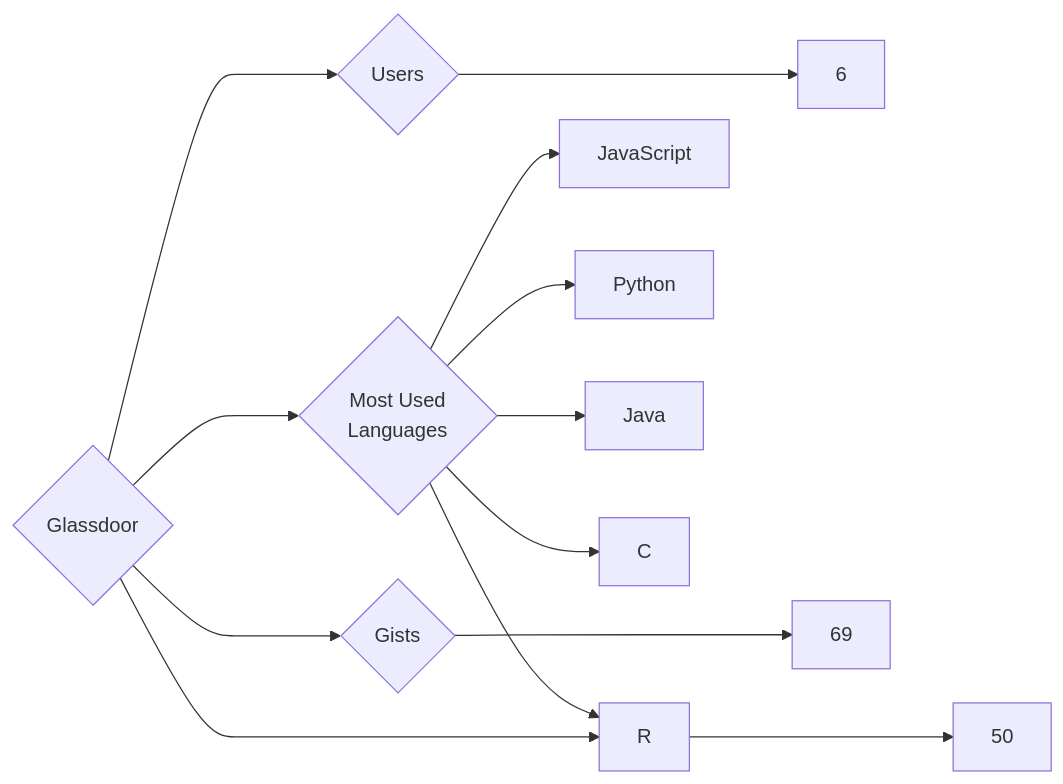
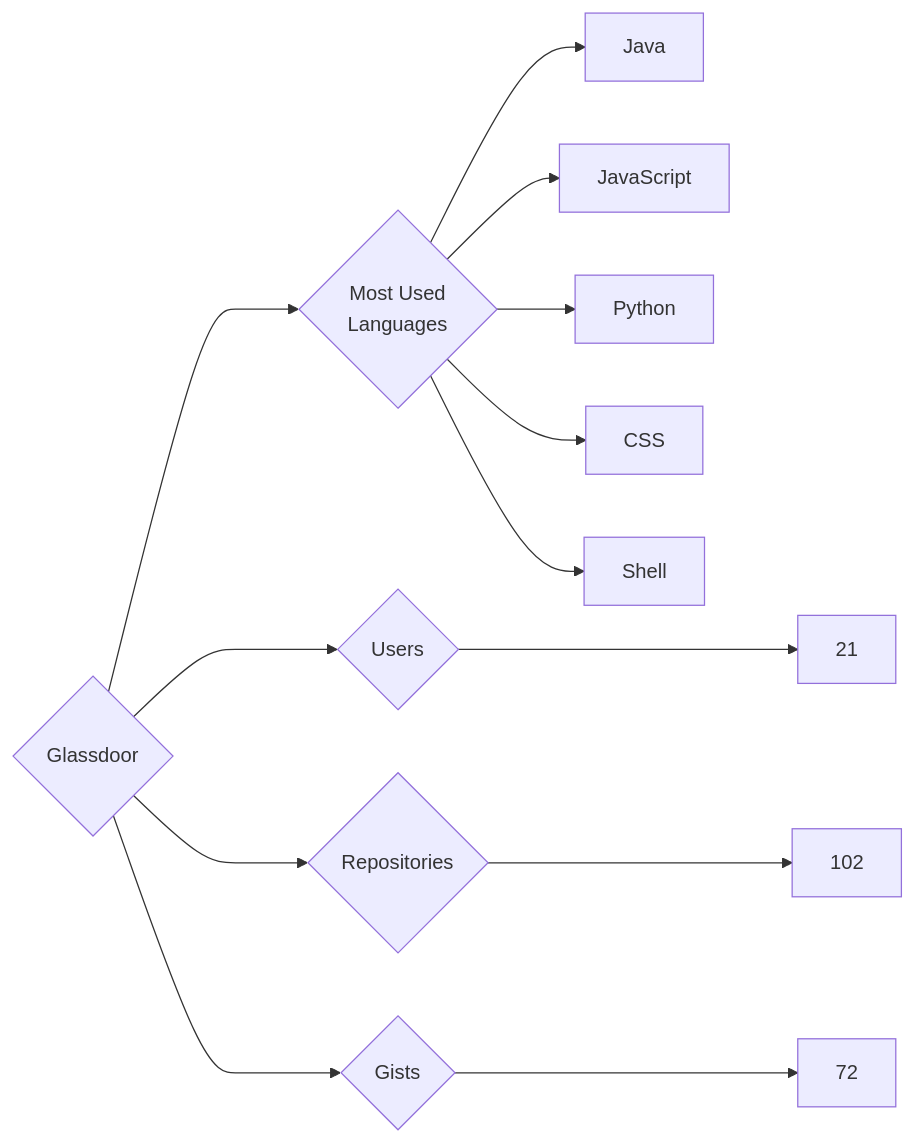
Before and after one commit to trickest/insiders: the diagram in targets/Glassdoor/README.md, drawn with Mermaid. The commit also changed 927 other files, not shown here.

````diff
--- a/targets/Glassdoor/README.md
+++ b/targets/Glassdoor/README.md
@@ -3,13 +3,13 @@
 ```mermaid
 graph LR
 COMPANY_NAME{Glassdoor}
-COMPANY_NAME ---> U{Users} ---> UN[6]
-COMPANY_NAME ---> R{Repositories} ---> RN[50]
-COMPANY_NAME ---> G{Gists} ---> GN[69]
+COMPANY_NAME ---> U{Users} ---> UN[21]
+COMPANY_NAME ---> R{Repositories} ---> RN[102]
+COMPANY_NAME ---> G{Gists} ---> GN[72]
 COMPANY_NAME ---> ML{Most Used<br>Languages}
+ML --> Java[Java]
 ML --> JavaScript[JavaScript]
 ML --> Python[Python]
-ML --> Java[Java]
-ML --> C[C]
-ML --> R[R]
+ML --> CSS[CSS]
+ML --> Shell[Shell]
 ```
````
